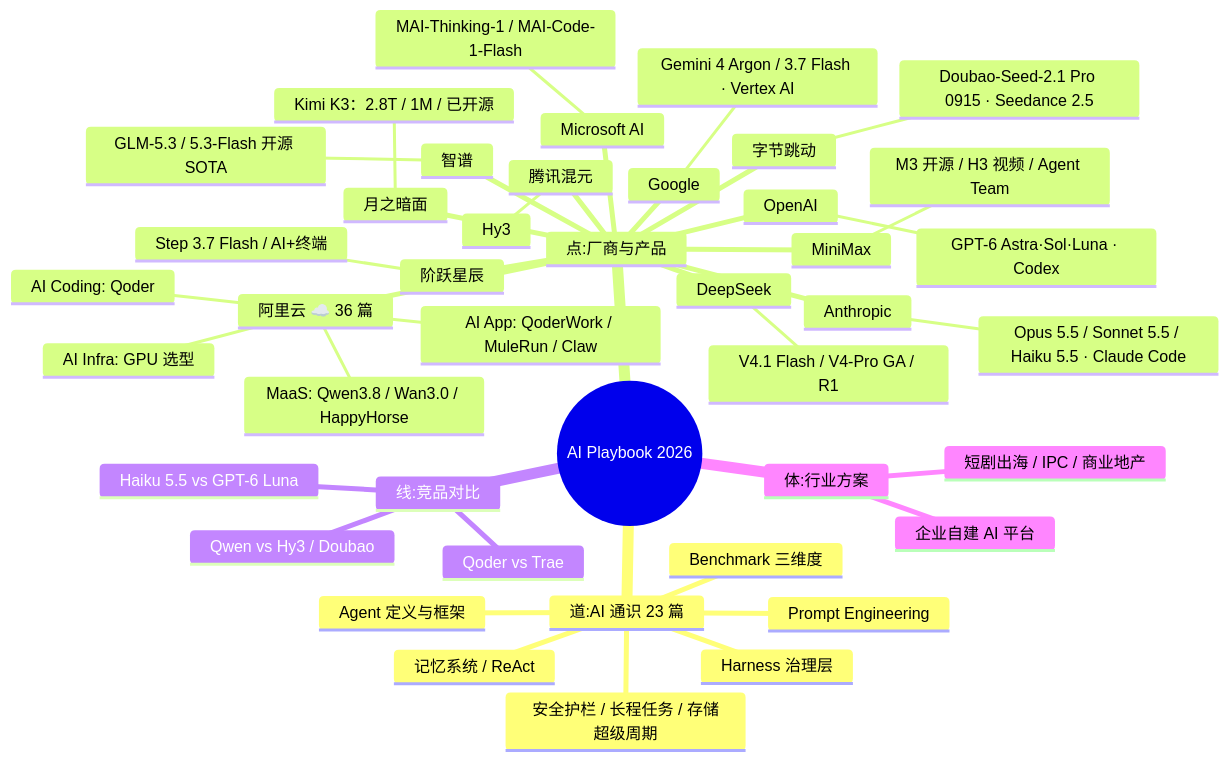
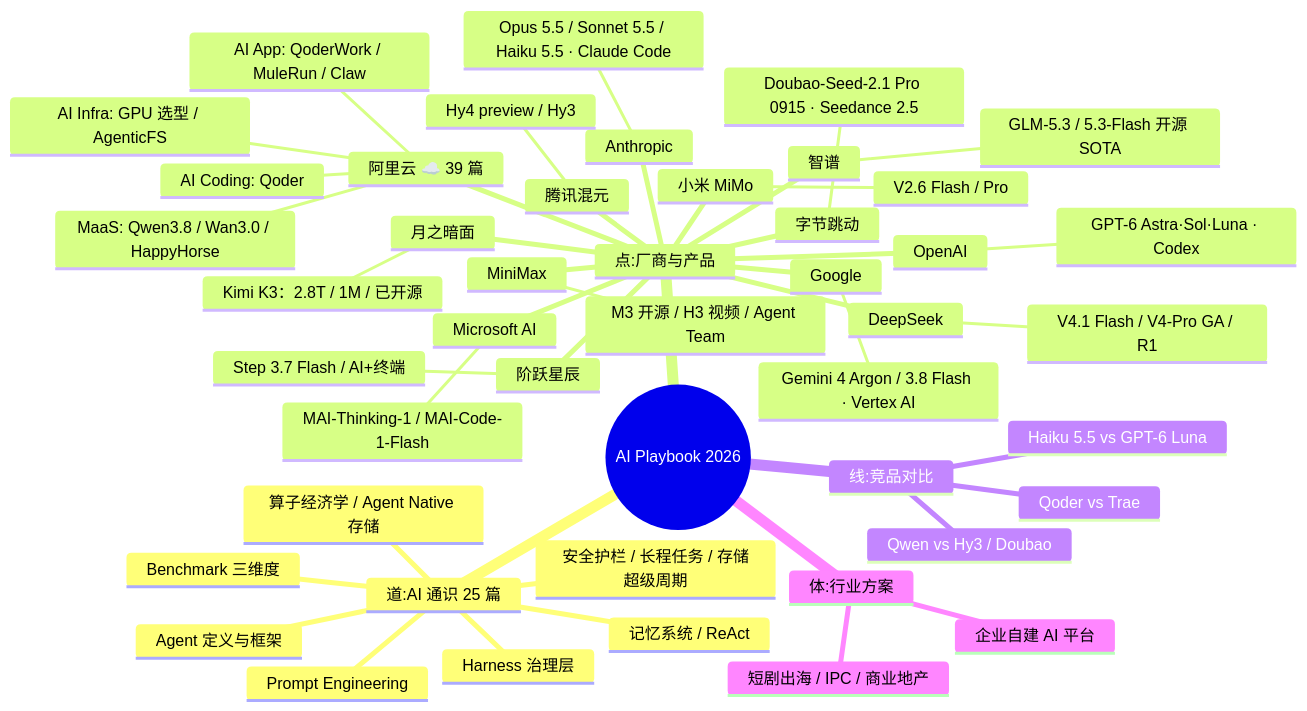
One commit to EthanNiWorld/ai-playbook-2026 changed the first of 2 diagrams in README.md. Above: the diagram before and after it, drawn with Mermaid. The commit also changed other lines of this file and 22 other files, not shown here.

````diff
--- a/README.md
+++ b/README.md
@@ -149,46 +151,49 @@
 ```mermaid
 mindmap
   root((AI Playbook 2026))
-    道:AI 通识 23 篇
+    道:AI 通识 25 篇
       Agent 定义与框架
       Harness 治理层
       Prompt Engineering
       Benchmark 三维度
       记忆系统 / ReAct
       安全护栏 / 长程任务 / 存储超级周期
+      算子经济学 / Agent Native 存储
     点:厂商与产品
-      阿里云 ☁️ 36 篇
+      阿里云 ☁️ 39 篇
         MaaS: Qwen3.8 / Wan3.0 / HappyHorse
         AI Coding: Qoder
         AI App: QoderWork / MuleRun / Claw
-        AI Infra: GPU 选型
+        AI Infra: GPU 选型 / AgenticFS
       Anthropic
         Opus 5.5 / Sonnet 5.5 / Haiku 5.5 · Claude Code
       OpenAI
         GPT-6 Astra·Sol·Luna · Codex
       Google
-        Gemini 4 Argon / 3.7 Flash · Vertex AI
+        Gemini 4 Argon / 3.8 Flash · Vertex AI
       Microsoft AI
         MAI-Thinking-1 / MAI-Code-1-Flash
       DeepSeek
         V4.1 Flash / V4-Pro GA / R1
       智谱
         GLM-5.3 / 5.3-Flash 开源 SOTA
       月之暗面
         Kimi K3：2.8T / 1M / 已开源
       MiniMax
         M3 开源 / H3 视频 / Agent Team
       字节跳动
         Doubao-Seed-2.1 Pro 0915 · Seedance 2.5
       腾讯混元
-        Hy3
+        Hy4 preview / Hy3
+      小米 MiMo
+        V2.6 Flash / Pro
       阶跃星辰
         Step 3.7 Flash / AI+终端
     线:竞品对比
       Qoder vs Trae
       Qwen vs Hy3 / Doubao
       Haiku 5.5 vs GPT-6 Luna
     体:行业方案
       企业自建 AI 平台
       短剧出海 / IPC / 商业地产
 ```
````
